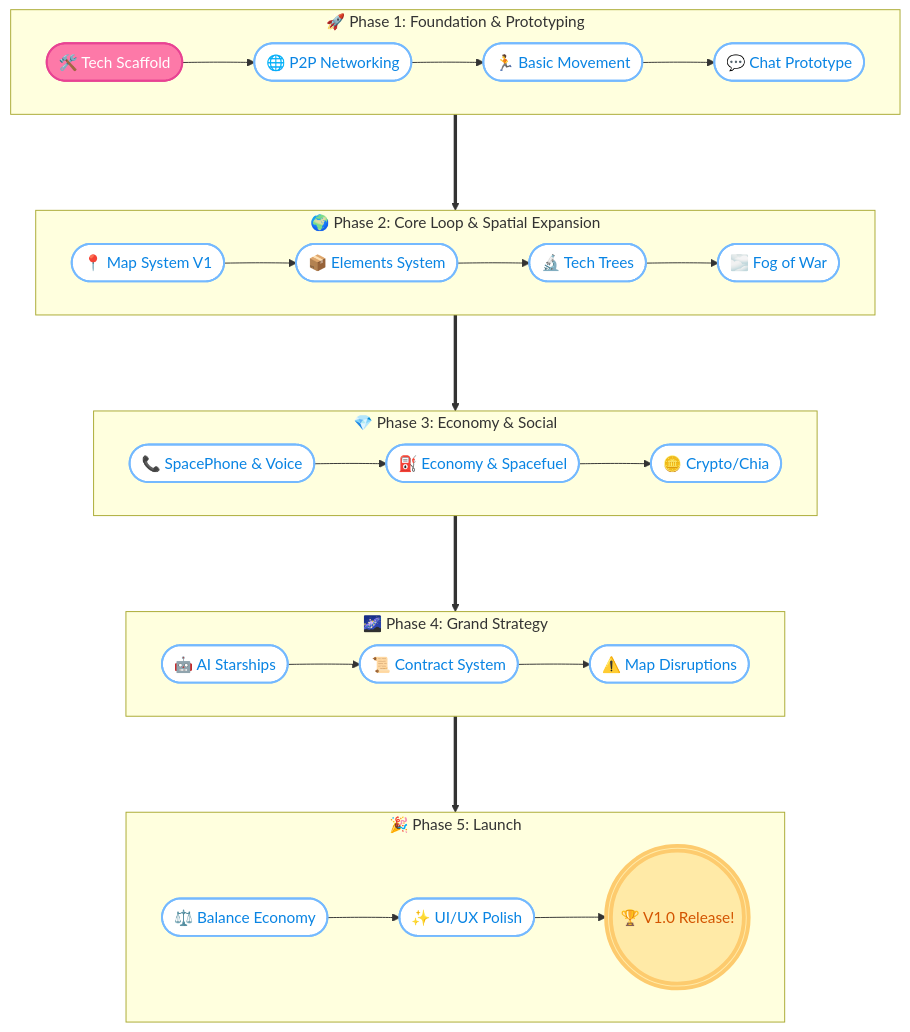
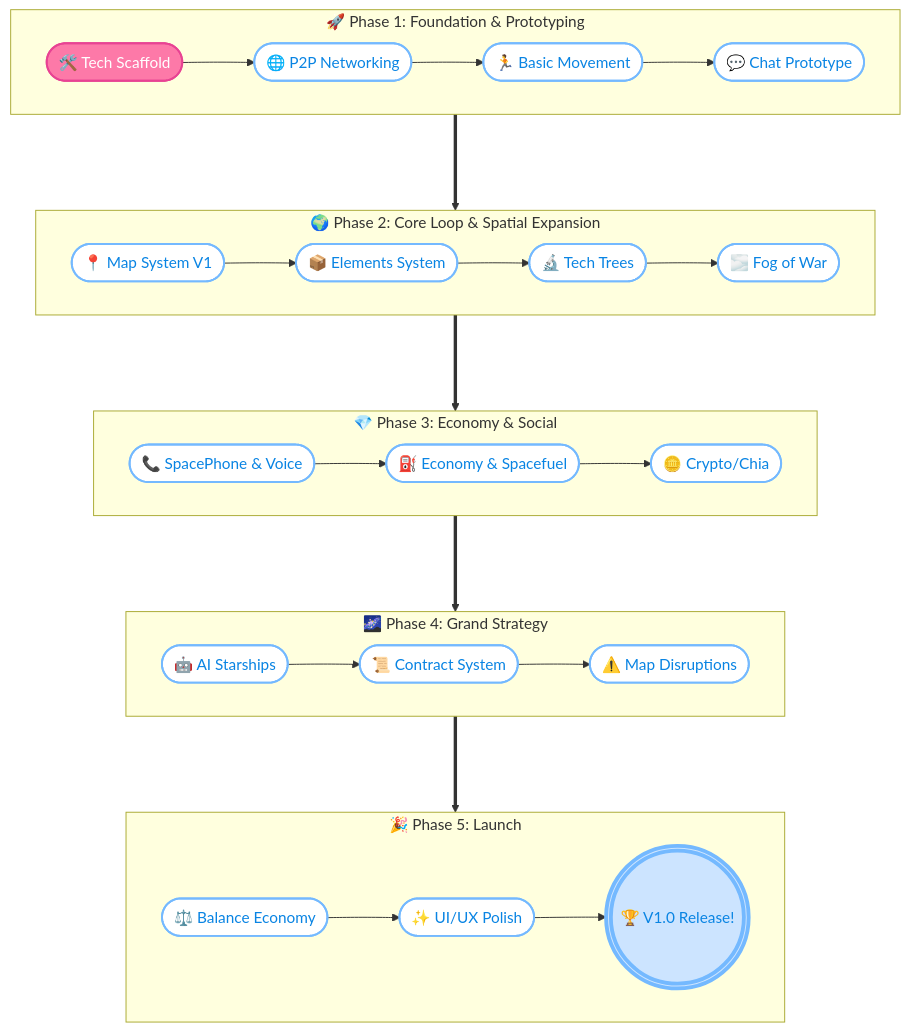
Before and after one commit to Bella-Addormentata/StarStationFurlong: the diagram in ROADMAP.md, drawn with Mermaid.

Commit message:
style(docs): change milestone goal background to pale blue

````diff
--- a/ROADMAP.md
+++ b/ROADMAP.md
@@ -7,44 +7,44 @@
 ```mermaid
 flowchart TB
     %% Color Palette & Styles
     classDef default fill:#f8f9fa,stroke:#dfe6e9,stroke-width:2px,color:#2d3436
     classDef currentPhase fill:#e1f5fe,stroke:#0984e3,stroke-width:3px,stroke-dasharray: 5 5
     classDef futurePhase fill:#f5f6fa,stroke:#b2bec3,stroke-width:2px
     classDef statusDoing fill:#fd79a8,stroke:#e84393,stroke-width:2px,color:#fff,rx:8px,ry:8px
     classDef statusTodo fill:#ffffff,stroke:#74b9ff,stroke-width:2px,color:#0984e3,rx:8px,ry:8px
-    classDef statusGoal fill:#ffeaa7,stroke:#fdcb6e,stroke-width:4px,color:#d35400,rx:20px,ry:20px
+    classDef statusGoal fill:#cce4ff,stroke:#74b9ff,stroke-width:4px,color:#0984e3,rx:20px,ry:20px
 
     subgraph Phase1 [🚀 Phase 1: Foundation & Prototyping]
         A1([🛠️ Tech Scaffold]):::statusDoing --> A2([🌐 P2P Networking]):::statusTodo
         A2 --> A3([🏃 Basic Movement]):::statusTodo
         A3 --> A4([💬 Chat Prototype]):::statusTodo
     end
     class Phase1 currentPhase
 
     subgraph Phase2 [🌍 Phase 2: Core Loop & Spatial Expansion]
         B1([📍 Map System V1]):::statusTodo --> B2([📦 Elements System]):::statusTodo
         B2 --> B3([🔬 Tech Trees]):::statusTodo
         B3 --> B4([🌫️ Fog of War]):::statusTodo
     end
     class Phase2 futurePhase
 
     subgraph Phase3 [💎 Phase 3: Economy & Social]
         C1([📞 SpacePhone & Voice]):::statusTodo --> C2([⛽ Economy & Spacefuel]):::statusTodo
         C2 --> C3([🪙 Crypto/Chia]):::statusTodo
     end
     class Phase3 futurePhase
 
     subgraph Phase4 [🌌 Phase 4: Grand Strategy]
         D1([🤖 AI Starships]):::statusTodo --> D2([📜 Contract System]):::statusTodo
         D2 --> D3([⚠️ Map Disruptions]):::statusTodo
     end
     class Phase4 futurePhase
 
     subgraph Phase5 [🎉 Phase 5: Launch]
         E1([⚖️ Balance Economy]):::statusTodo --> E2([✨ UI/UX Polish]):::statusTodo
         E2 --> E3(((🏆 V1.0 Release!))):::statusGoal
     end
     class Phase5 futurePhase
 
     Phase1 ===> Phase2 ===> Phase3 ===> Phase4 ===> Phase5
 ```
````
